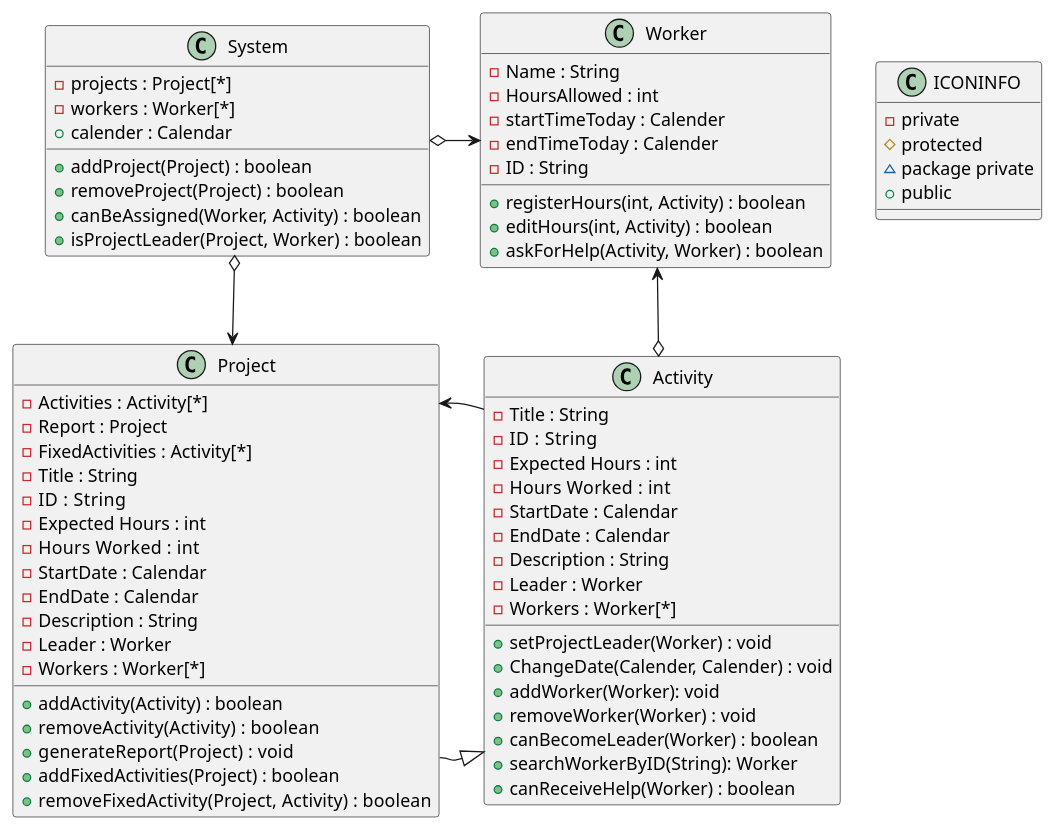
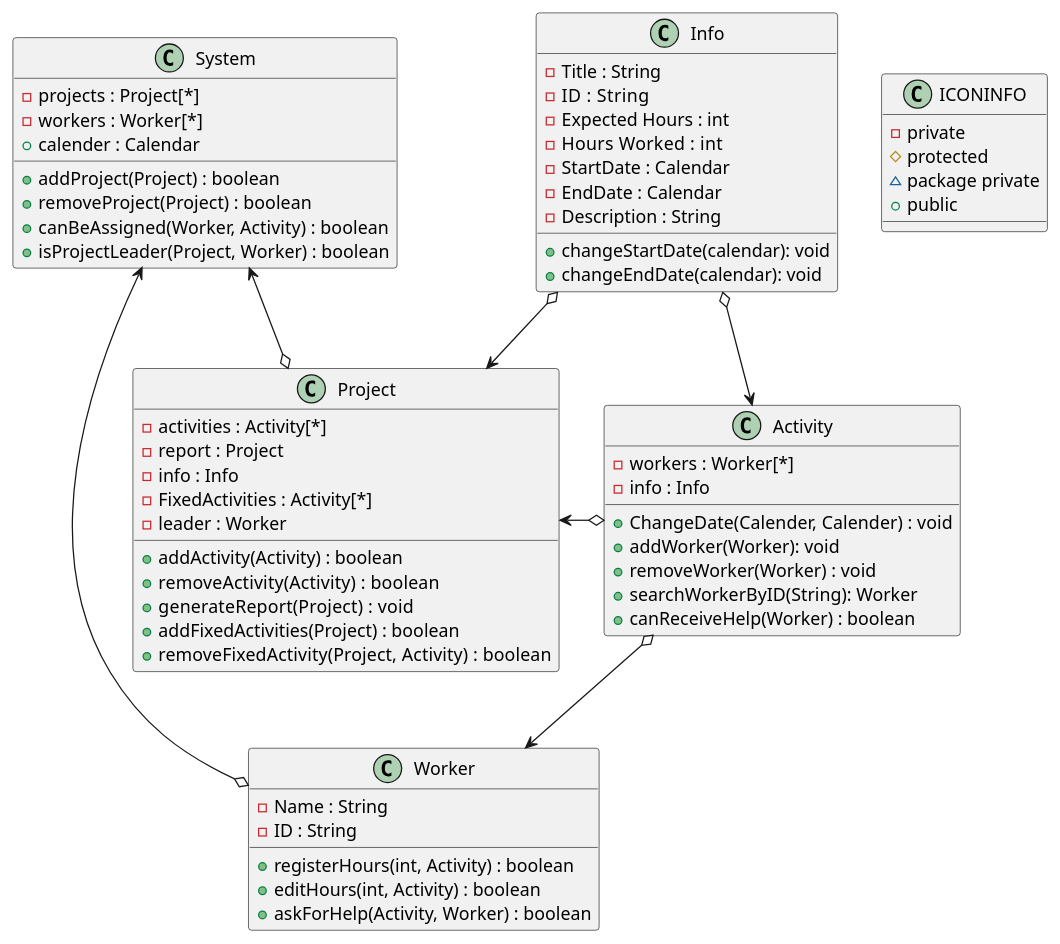
Before and after one commit to Shuhab-Siddigi/Software-Engineering: the diagram in Classdiagram.md, drawn with PlantUML.

Commit message:
ændret i classdiagram

````diff
--- a/Classdiagram.md
+++ b/Classdiagram.md
@@ -19,9 +19,9 @@
 
 class Worker{
 -Name : String
--HoursAllowed : int
--startTimeToday : Calender
--endTimeToday : Calender
+'-HoursAllowed : int
+'-startTimeToday : Calender
+'-endTimeToday : Calender
 -ID : String
 
 +registerHours(int, Activity) : boolean
@@ -31,18 +31,19 @@
 
 
 class Project{
--Activities : Activity[*]
--Report : Project
+-activities : Activity[*]
+-report : Project
+-info : Info
 -FixedActivities : Activity[*]
--Title : String
--ID :  String
--Expected Hours : int
--Hours Worked :  int
--StartDate : Calendar
--EndDate : Calendar
--Description : String
--Leader : Worker
--Workers : Worker[*]
+'-Title : String
+'-ID :  String
+'-Expected Hours : int
+'-Hours Worked :  int
+'-StartDate : Calendar
+'-EndDate : Calendar
+'-Description : String
+-leader : Worker
+'-Workers : Worker[*]
 +addActivity(Activity) : boolean
 +removeActivity(Activity) :  boolean
 +generateReport(Project) :  void
@@ -51,6 +52,27 @@
 }
 
 class Activity{
+'-Title : String
+'-ID :  String
+'-Expected Hours : int
+'-Hours Worked :  int
+'-StartDate : Calendar
+'-EndDate : Calendar
+'-Description : String
+'-Leader : Worker
+-workers : Worker[*]
+-info : Info
+
+'+setProjectLeader(Worker) : void
++ChangeDate(Calender, Calender) : void
++addWorker(Worker): void
++removeWorker(Worker) : void 
+'+canBecomeLeader(Worker) : boolean
++searchWorkerByID(String): Worker
++canReceiveHelp(Worker) : boolean
+}
+
+class Info{
 -Title : String
 -ID :  String
 -Expected Hours : int
@@ -58,22 +80,16 @@
 -StartDate : Calendar
 -EndDate : Calendar
 -Description : String
--Leader : Worker
--Workers : Worker[*]
 
-+setProjectLeader(Worker) : void
-+ChangeDate(Calender, Calender) : void
-+addWorker(Worker): void
-+removeWorker(Worker) : void 
-+canBecomeLeader(Worker) : boolean
-+searchWorkerByID(String): Worker
-+canReceiveHelp(Worker) : boolean
++changeStartDate(calendar): void
++changeEndDate(calendar): void
 }
 
-System o-right-> Worker
-System o-down-> Project
-Project -right-|> Activity
-Activity o-left-> Worker
-Activity -left-> Project  
+Worker o-up-> System
+Project o-up-> System
+Activity o-down-> Worker
+Activity o-left-> Project  
+Info o-down-> Activity
+Info o-down-> Project
 
 ```
````
